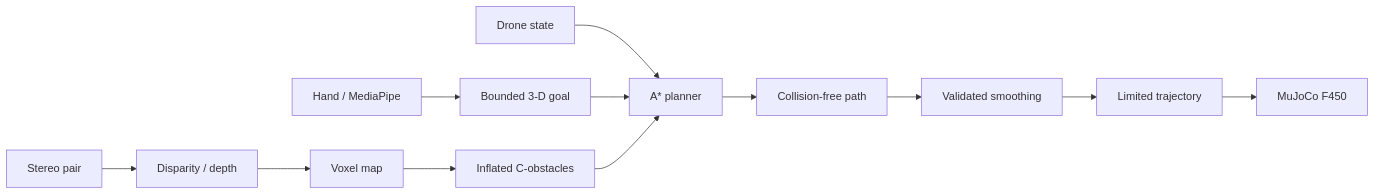
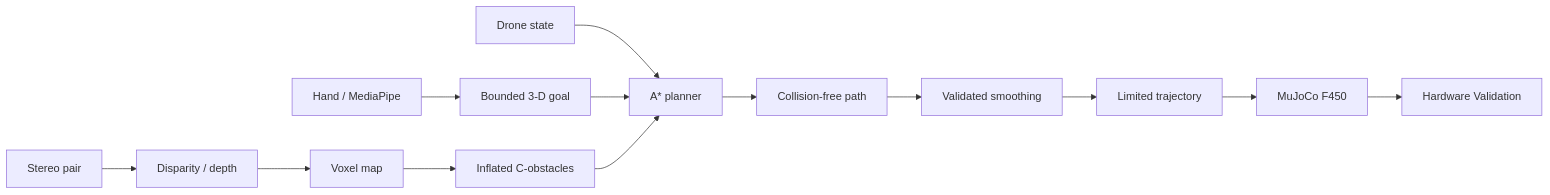
The diagram in README.md (paulricky/Autonomous-Drone-Tracking-System), drawn with Mermaid before and after one commit. The commit also changed other lines of this file, not shown here.

````diff
--- a/README.md
+++ b/README.md
@@ -19,14 +19,15 @@
 ```mermaid
 flowchart LR
   H[Hand / MediaPipe] --> G[Bounded 3-D goal]
   S[Drone state] --> P[A* planner]
   G --> P
   C[Stereo pair] --> D[Disparity / depth]
   D --> M[Voxel map]
   M --> I[Inflated C-obstacles]
   I --> P
   P --> Q[Collision-free path]
   Q --> SM[Validated smoothing]
   SM --> T[Limited trajectory]
   T --> MJ[MuJoCo F450]
+  MJ --> HV[Hardware Validation]
 ```
````
